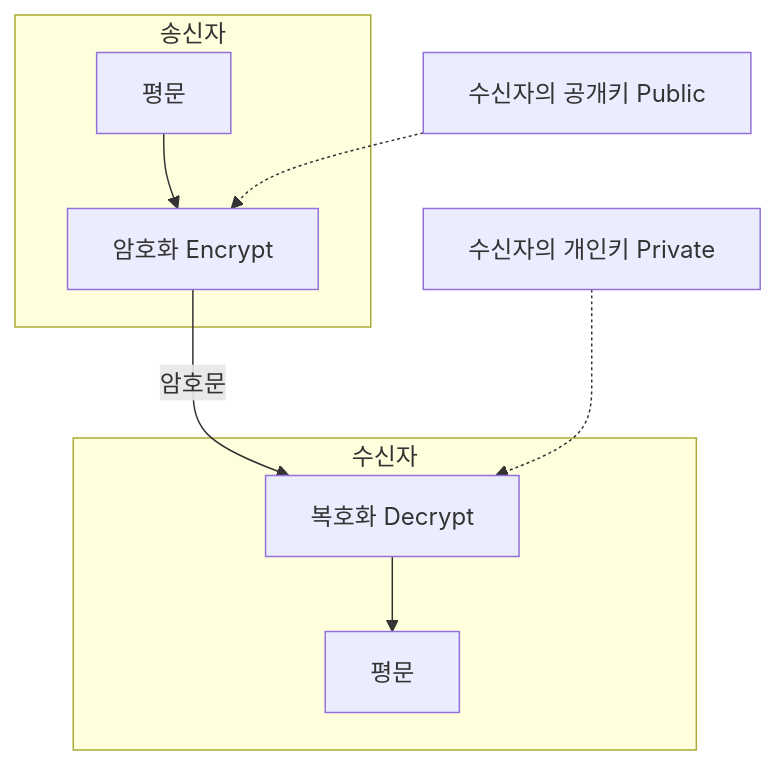
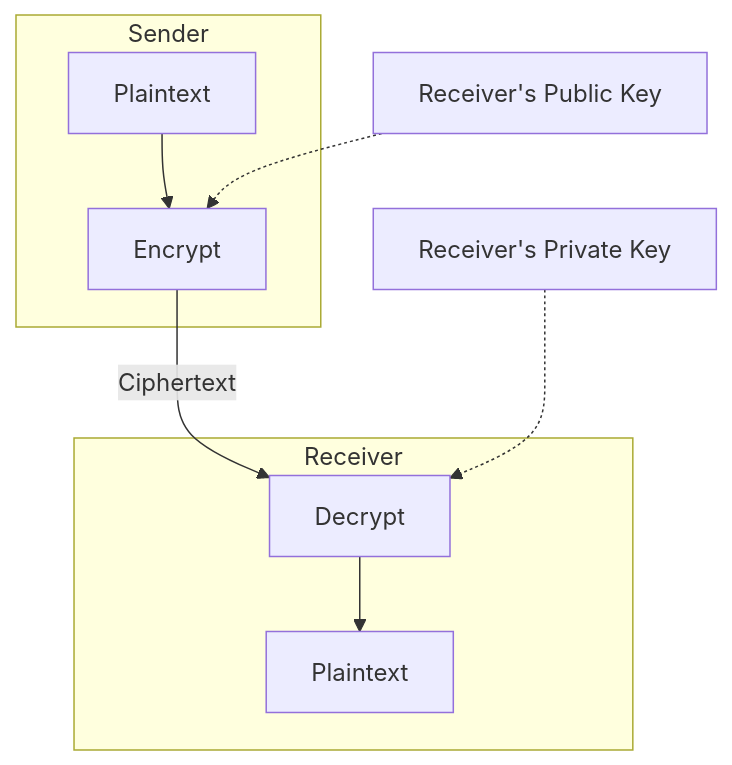
Before and after one commit to jeonck/k8s-adv: the fourth of 5 diagrams in content/security/01-foundation/13-crypto-basic-keys.md, drawn with Mermaid. The commit also changed other lines of this file and 223 other files, not shown here.

````diff
--- a/content/security/01-foundation/13-crypto-basic-keys.md
+++ b/content/security/01-foundation/13-crypto-basic-keys.md
@@ -166,15 +166,15 @@
 ```mermaid
 flowchart TD
-    subgraph "송신자"
-    P1["평문"] --> E["암호화 Encrypt"]
+    subgraph "Sender"
+    P1["Plaintext"] --> E["Encrypt"]
     end
     
-    subgraph "수신자"
-    D["복호화 Decrypt"] --> P2["평문"]
+    subgraph "Receiver"
+    D["Decrypt"] --> P2["Plaintext"]
     end
 
-    E -- "암호문" --> D
+    E -- "Ciphertext" --> D
     
-    K1["수신자의 공개키 Public"] -.-> E
-    K2["수신자의 개인키 Private"] -.-> D
+    K1["Receiver's Public Key"] -.-> E
+    K2["Receiver's Private Key"] -.-> D
 ```
````
